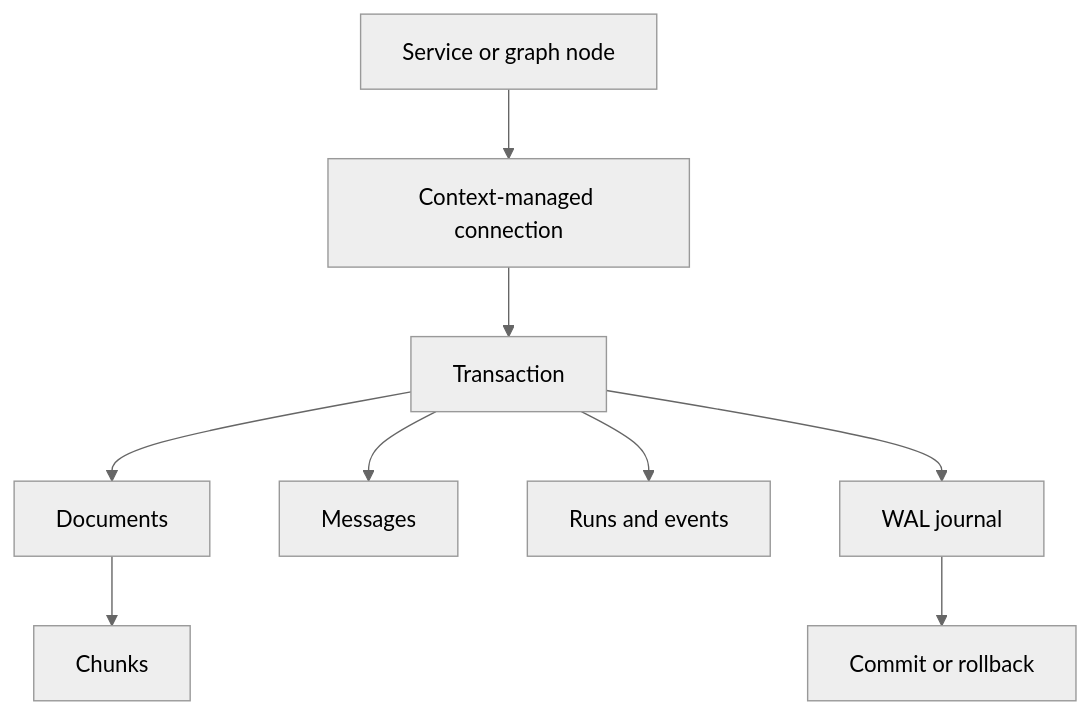
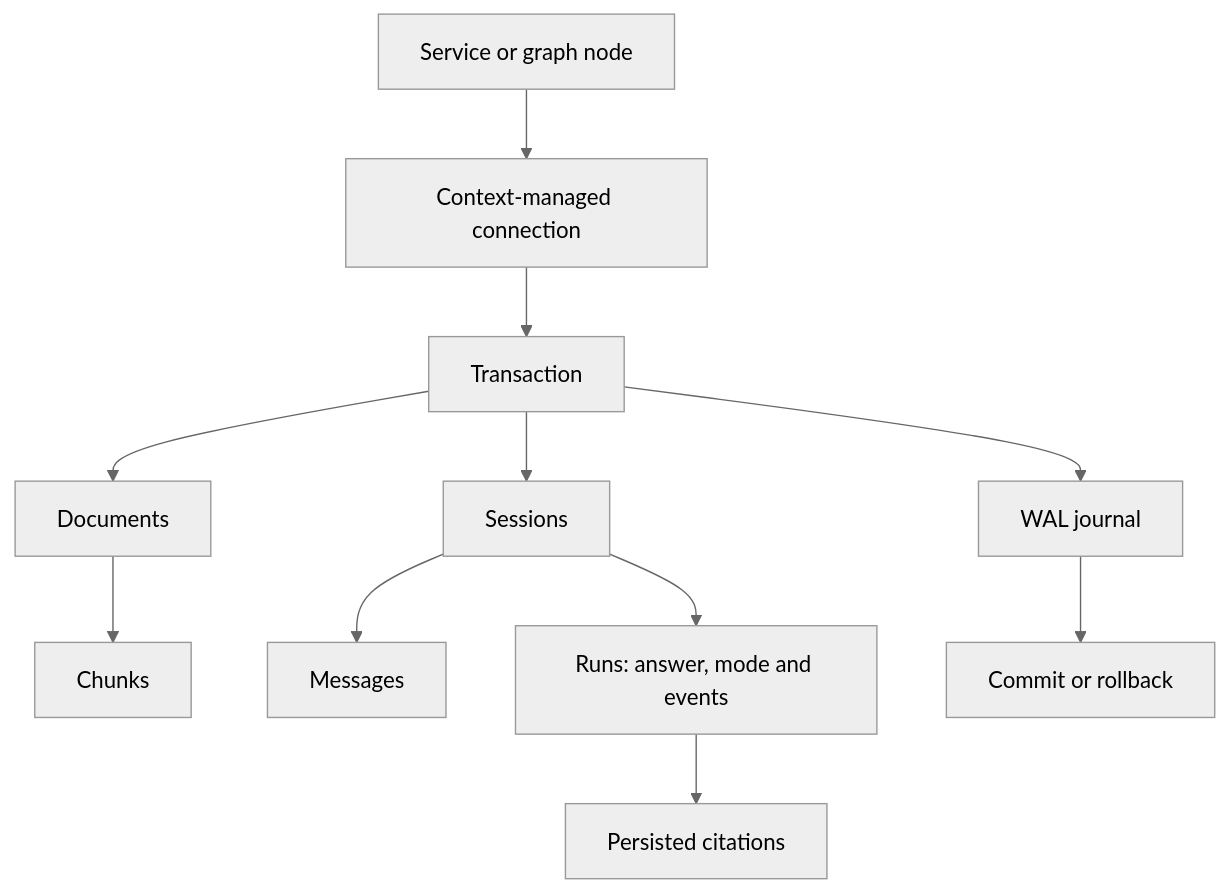
One commit to francis3253161180-maker/researchflow-agent changed the ninth of 14 diagrams in docs/knowledge-maps.md. Above: the diagram before and after it, drawn with Mermaid (neutral theme). The commit also changed other lines of this file and 18 other files, not shown here.

````diff
--- a/docs/knowledge-maps.md
+++ b/docs/knowledge-maps.md
@@ -190,18 +190,20 @@
 ```mermaid
 flowchart TB
     SERVICE[Service or graph node]
     CONNECT[Context-managed connection]
     TX[Transaction]
     DOC[Documents]
     CHUNK[Chunks]
+    SESSION[Sessions]
     MSG[Messages]
-    RUN[Runs and events]
+    RUN[Runs: answer, mode and events]
+    CITE[Persisted citations]
     WAL[WAL journal]
     COMMIT[Commit or rollback]
 
     SERVICE --> CONNECT --> TX
     TX --> DOC --> CHUNK
-    TX --> MSG
-    TX --> RUN
+    TX --> SESSION --> MSG
+    SESSION --> RUN --> CITE
     TX --> WAL --> COMMIT
 ```
````
